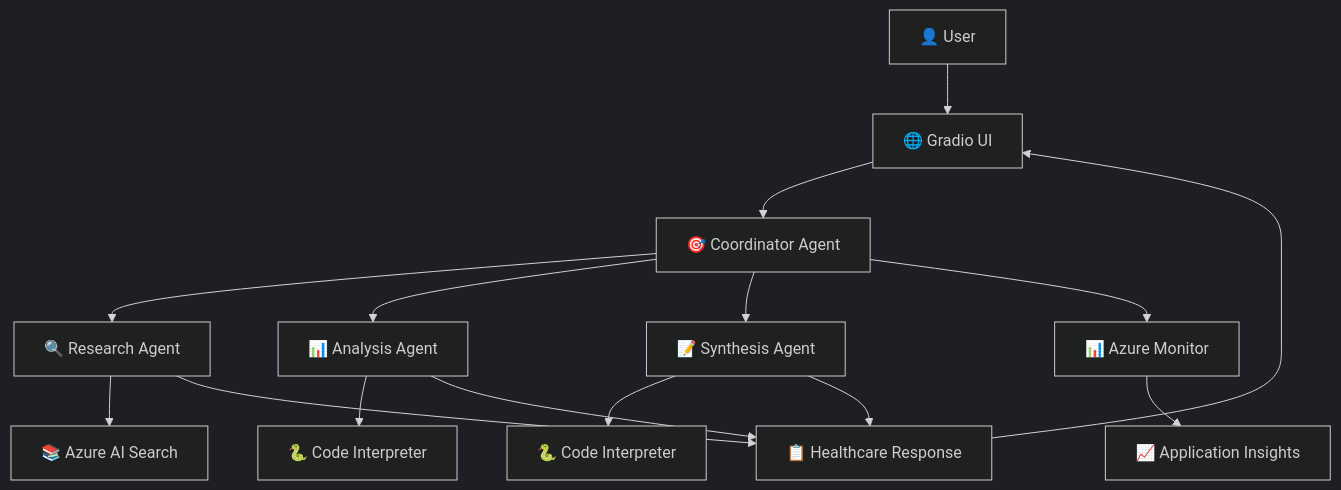
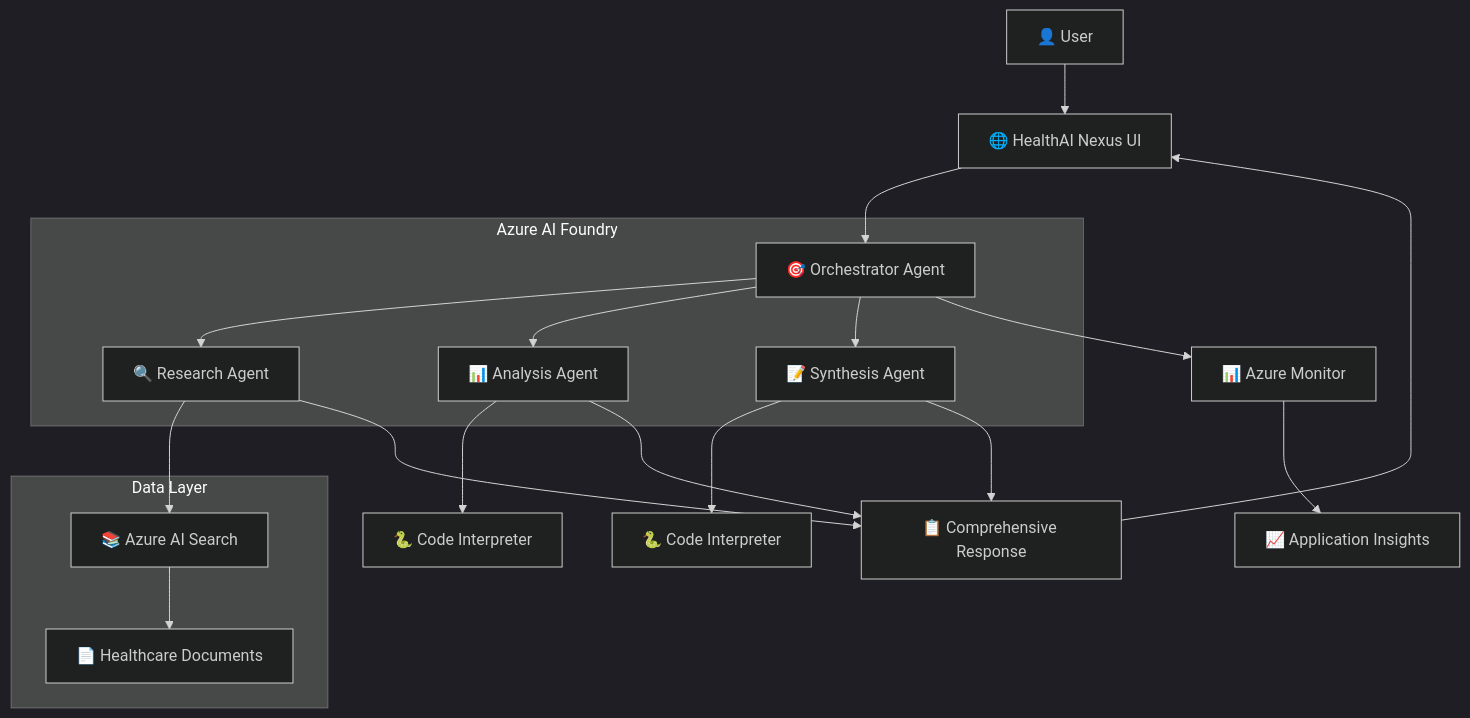
The first of 2 diagrams in agentic_rag/README.md (hamza-roujdami/mvp-to-ai-agent), drawn with Mermaid (dark theme) before and after one commit. The commit also changed other lines of this file and 25 other files, not shown here.

First line of the commit message:
🏥 HealthAI Nexus: Clean production-ready healthcare AI system

````diff
--- a/agentic_rag/README.md
+++ b/agentic_rag/README.md
@@ -7,22 +7,35 @@
 ```mermaid
 graph TB
-    User[👤 User] --> UI[🌐 Gradio UI]
-    UI --> Coordinator[🎯 Coordinator Agent]
+    User[👤 User] --> UI[🌐 HealthAI Nexus UI]
+    UI --> Orchestrator[🎯 Orchestrator Agent]
     
-    Coordinator --> Research[🔍 Research Agent]
+    Orchestrator --> Research[🔍 Research Agent]
     Research --> AzureSearch[📚 Azure AI Search]
+    AzureSearch --> HealthcareDocs[📄 Healthcare Documents]
     
-    Coordinator --> Analysis[📊 Analysis Agent]
-    Coordinator --> Synthesis[📝 Synthesis Agent]
+    Orchestrator --> Analysis[📊 Analysis Agent]
+    Orchestrator --> Synthesis[📝 Synthesis Agent]
     
     Analysis --> CodeInterpreter1[🐍 Code Interpreter]
     Synthesis --> CodeInterpreter2[🐍 Code Interpreter]
     
-    Coordinator --> Monitor[📊 Azure Monitor]
+    Orchestrator --> Monitor[📊 Azure Monitor]
     Monitor --> AppInsights[📈 Application Insights]
     
-    Research --> Response[📋 Healthcare Response]
+    Research --> Response[📋 Comprehensive Response]
     Analysis --> Response
     Synthesis --> Response
     Response --> UI
+    
+    subgraph "Azure AI Foundry"
+        Orchestrator
+        Research
+        Analysis
+        Synthesis
+    end
+    
+    subgraph "Data Layer"
+        AzureSearch
+        HealthcareDocs
+    end
 ```
````
